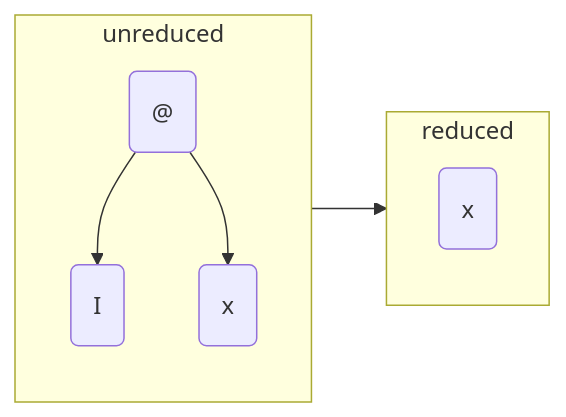
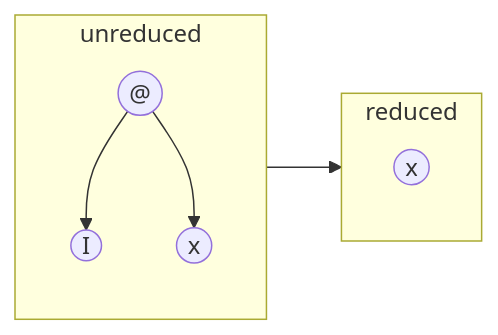
One commit to Juemuren/graph-reduction-machine changed the third of 5 diagrams in examples/ski/README.md. Above: the diagram before and after it, drawn with Mermaid. The commit also changed other lines of this file, not shown here.

Commit message:
examples: 修改 Mermaid 图为圆形节点

````diff
--- a/examples/ski/README.md
+++ b/examples/ski/README.md
@@ -133,16 +133,16 @@
 ```mermaid
 flowchart LR
     subgraph U["unreduced"]
-        u0("@")
-        u1("I")
-        u2("x")
+        u0(("@"))
+        u1(("I"))
+        u2(("x"))
         u0 --> u1
         u0 --> u2
     end
 
     subgraph R["reduced"]
-        r0("x")
+        r0(("x"))
     end
 
     U --> R
 ```
````
